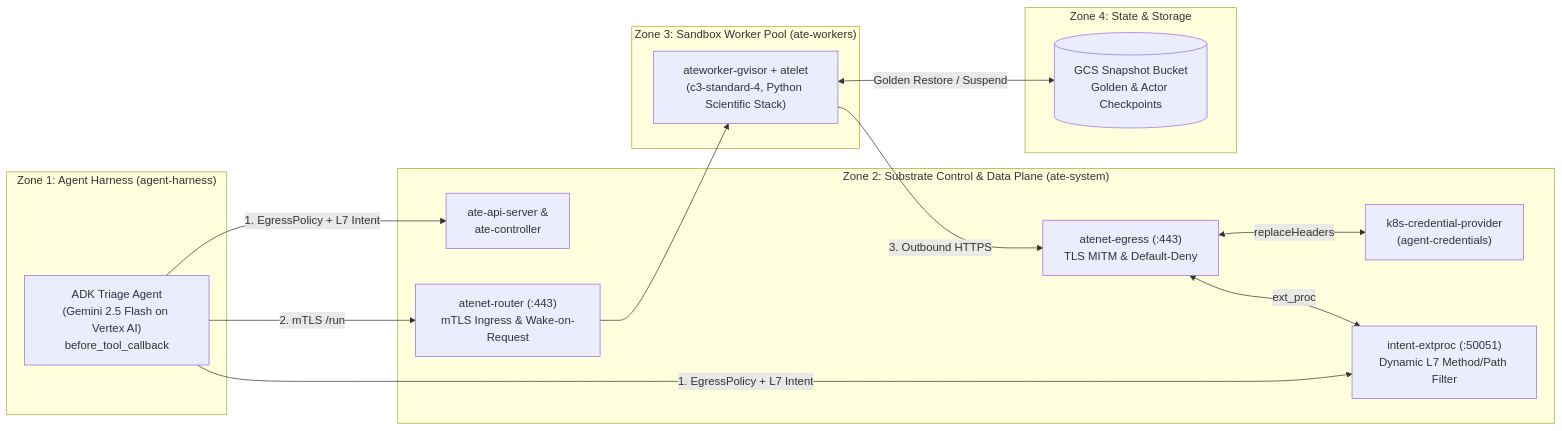
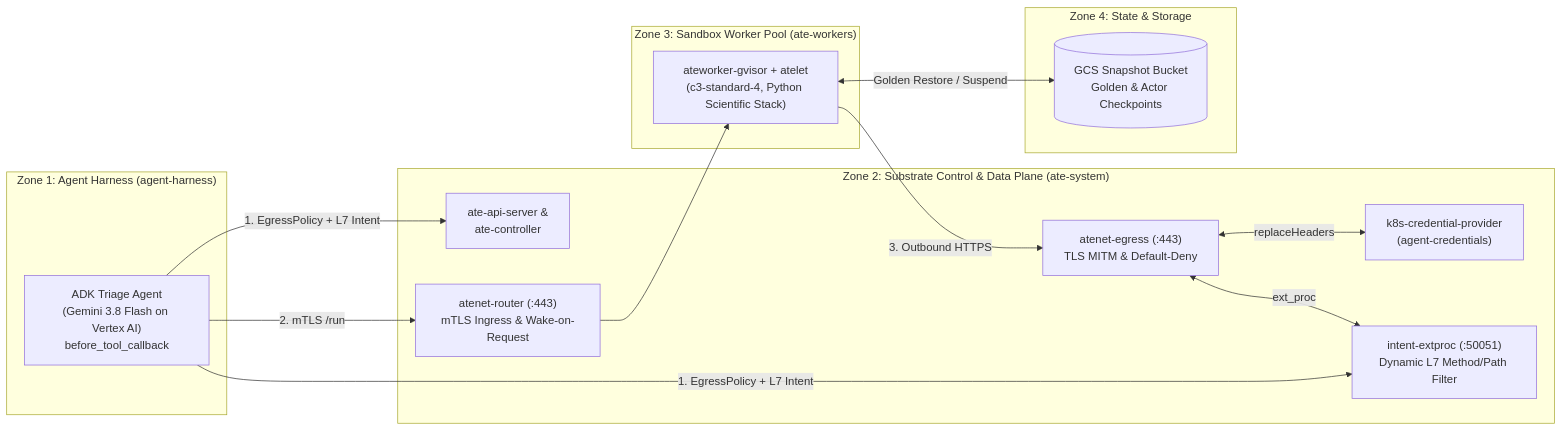
Before and after one commit to GoogleCloudPlatform/accelerated-platforms: the diagram in docs/platforms/gke/base/use-cases/agent-substrate-secure-runtime/README.md, drawn with Mermaid. The commit also changed other lines of this file and 4 other files, not shown here.

Commit message:
feat(secure-runtime): upgrade ADK triage agent default model to gemini-3.8-flash

````diff
--- a/docs/platforms/gke/base/use-cases/agent-substrate-secure-runtime/README.md
+++ b/docs/platforms/gke/base/use-cases/agent-substrate-secure-runtime/README.md
@@ -13,25 +13,25 @@
 ```mermaid
 flowchart LR
   subgraph Z1["Zone 1: Agent Harness (agent-harness)"]
-    Agent["ADK Triage Agent\n(Gemini 2.5 Flash on Vertex AI)\nbefore_tool_callback"]
+    Agent["ADK Triage Agent\n(Gemini 3.8 Flash on Vertex AI)\nbefore_tool_callback"]
   end
   subgraph Z2["Zone 2: Substrate Control & Data Plane (ate-system)"]
     API["ate-api-server &\nate-controller"]
     Router["atenet-router (:443)\nmTLS Ingress & Wake-on-Request"]
     Egress["atenet-egress (:443)\nTLS MITM & Default-Deny"]
     Cred["k8s-credential-provider\n(agent-credentials)"]
     ExtProc["intent-extproc (:50051)\nDynamic L7 Method/Path Filter"]
   end
   subgraph Z3["Zone 3: Sandbox Worker Pool (ate-workers)"]
     Worker["ateworker-gvisor + atelet\n(c3-standard-4, Python Scientific Stack)"]
   end
   subgraph Z4["Zone 4: State & Storage"]
     GCS[("GCS Snapshot Bucket\nGolden & Actor Checkpoints")]
   end
   Agent -->|"1. EgressPolicy + L7 Intent"| API & ExtProc
   Agent -->|"2. mTLS /run"| Router --> Worker
   Worker <-->|"Golden Restore / Suspend"| GCS
   Worker -->|"3. Outbound HTTPS"| Egress
   Egress <-->|"replaceHeaders"| Cred
   Egress <-->|"ext_proc"| ExtProc
 ```
````
